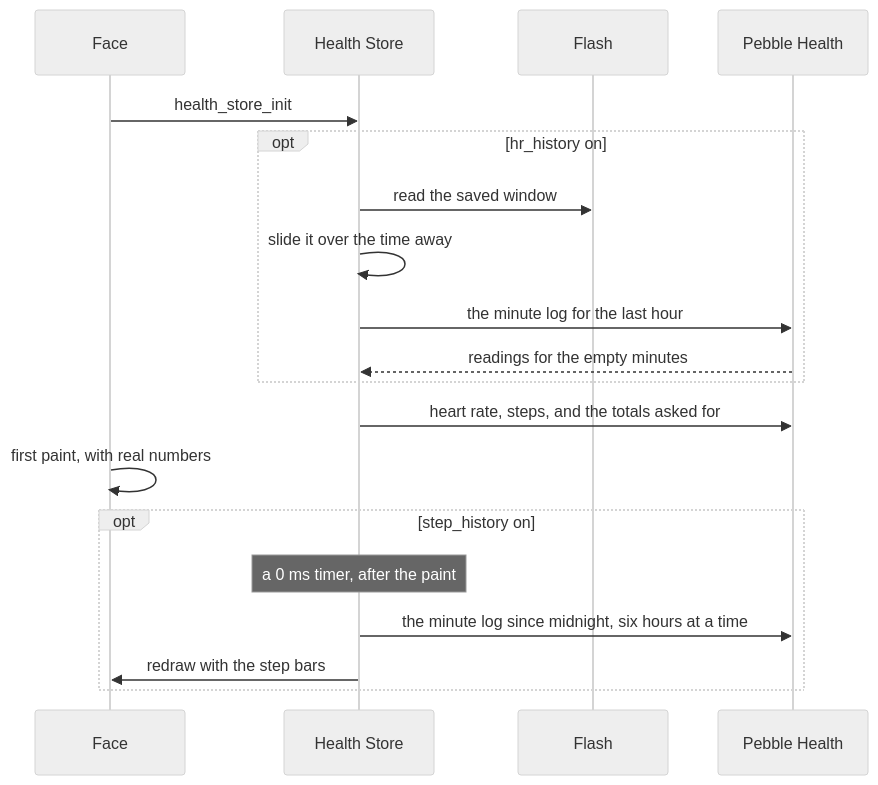
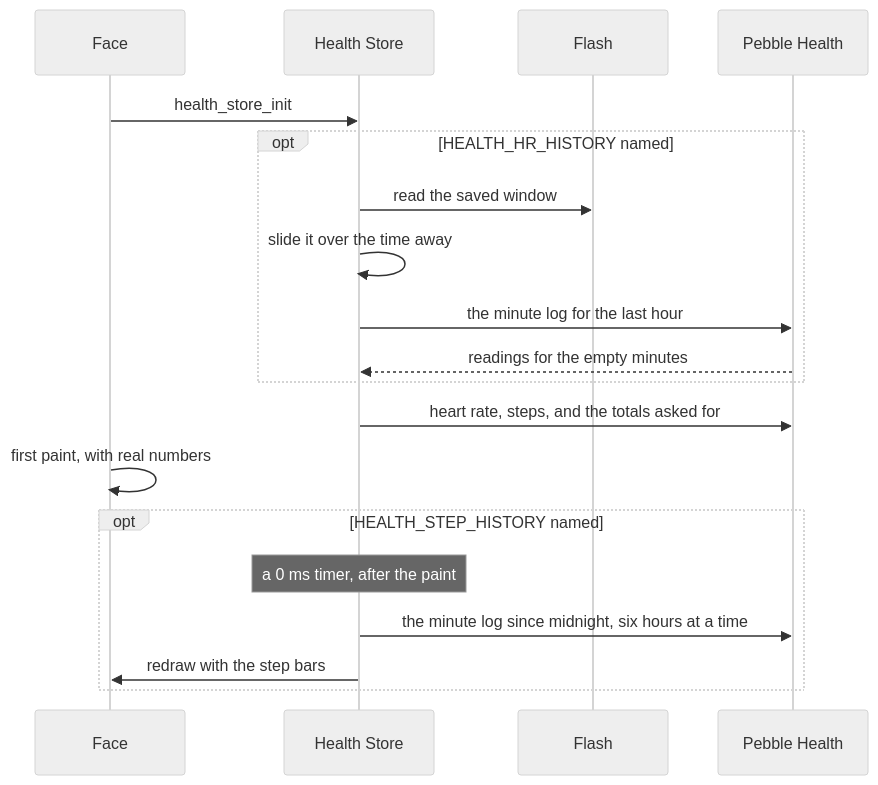
The diagram in docs/how/health-store.md (AKlitbo/pebble-app-framework), drawn with Mermaid (neutral theme) before and after one commit. The commit also changed other lines of this file and 7 other files, not shown here.

````diff
--- a/docs/how/health-store.md
+++ b/docs/how/health-store.md
@@ -73,21 +76,21 @@
 ```mermaid
 sequenceDiagram
   participant Face
   participant Store as Health Store
   participant Flash
   participant Health as Pebble Health
   Face->>Store: health_store_init
-  opt hr_history on
+  opt HEALTH_HR_HISTORY named
     Store->>Flash: read the saved window
     Store->>Store: slide it over the time away
     Store->>Health: the minute log for the last hour
     Health-->>Store: readings for the empty minutes
   end
   Store->>Health: heart rate, steps, and the totals asked for
   Face->>Face: first paint, with real numbers
-  opt step_history on
+  opt HEALTH_STEP_HISTORY named
     Note over Store: a 0 ms timer, after the paint
     Store->>Health: the minute log since midnight, six hours at a time
     Store->>Face: redraw with the step bars
   end
 ```
````
